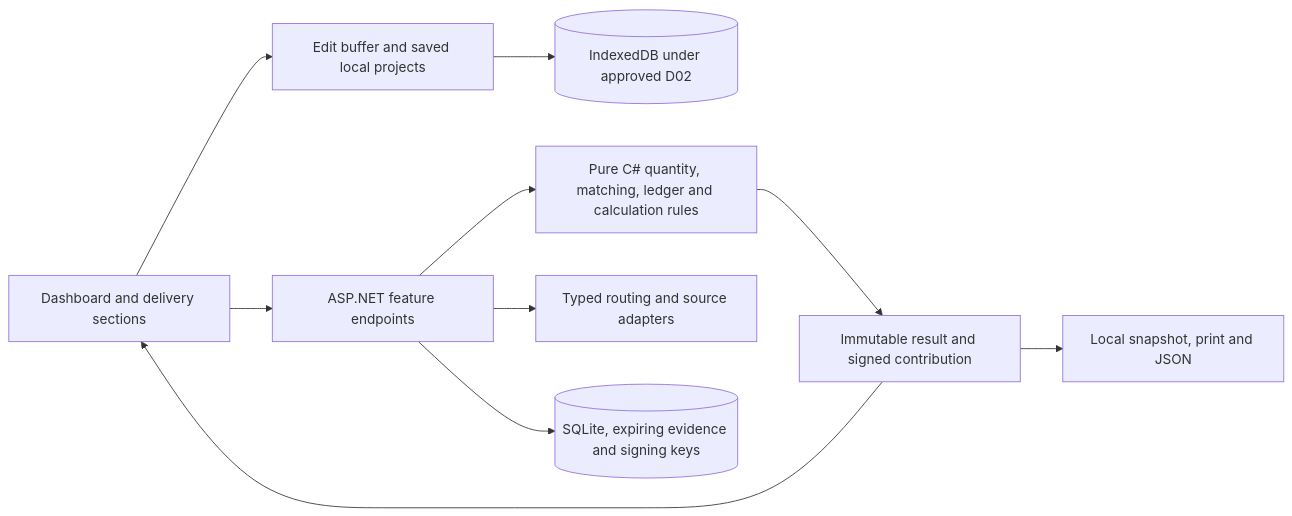
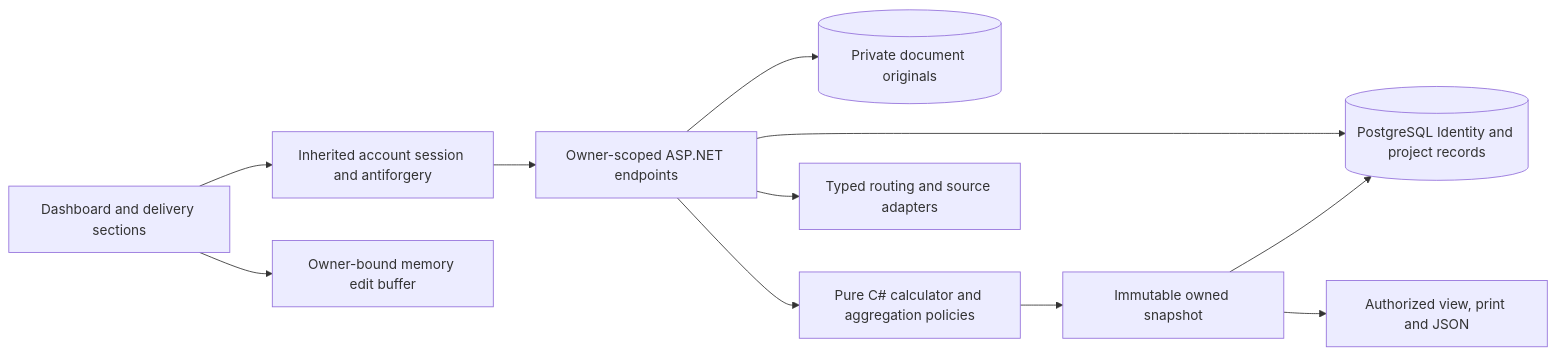
One commit to Grumlebob/BlazorAutoAppTemplate changed the diagram in Plans/Support/CarbonCalculator/FeatureSpecification.md. Above: the diagram before and after it, drawn with Mermaid. The commit also changed other lines of this file and 4 other files, not shown here.

Commit message:
docs: align CarbonCalculator delivery with completed accounts [skip ci]

````diff
--- a/Plans/Support/CarbonCalculator/FeatureSpecification.md
+++ b/Plans/Support/CarbonCalculator/FeatureSpecification.md
@@ -350,12 +335,13 @@
 ```mermaid
 flowchart LR
-    Dashboard[Dashboard and delivery sections] --> Drafts[Edit buffer and saved local projects]
-    Drafts --> BrowserStore[(IndexedDB under approved D02)]
-    Dashboard --> API[ASP.NET feature endpoints]
-    API --> Rules[Pure C# quantity, matching, ledger and calculation rules]
+    UI[Dashboard and delivery sections] --> Session[Inherited account session and antiforgery]
+    UI --> Drafts[Owner-bound memory edit buffer]
+    Session --> API[Owner-scoped ASP.NET endpoints]
+    API --> DB[(PostgreSQL Identity and project records)]
+    API --> Files[(Private document originals)]
+    API --> Rules[Pure C# calculator and aggregation policies]
     API --> Providers[Typed routing and source adapters]
-    API --> ServerStore[(SQLite, expiring evidence and signing keys)]
-    Rules --> Snapshot[Immutable result and signed contribution]
-    Snapshot --> Dashboard
-    Snapshot --> Report[Local snapshot, print and JSON]
+    Rules --> Snapshot[Immutable owned snapshot]
+    Snapshot --> DB
+    Snapshot --> Report[Authorized view, print and JSON]
 ```
````
